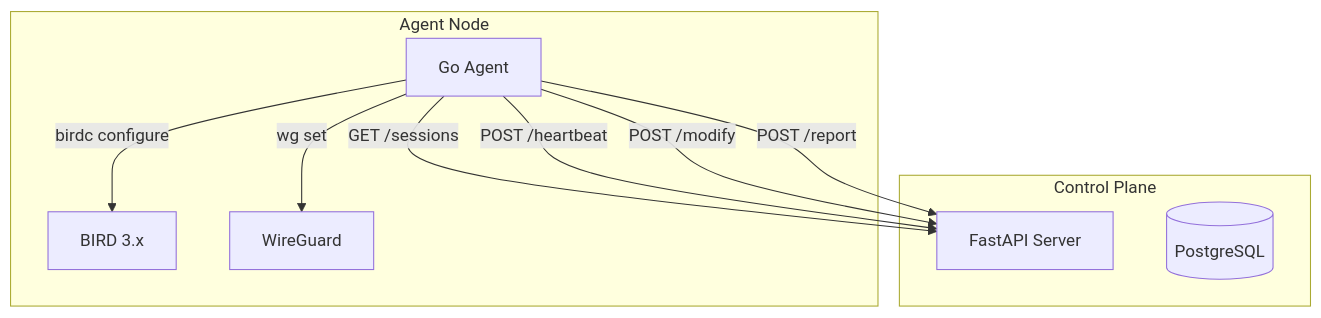
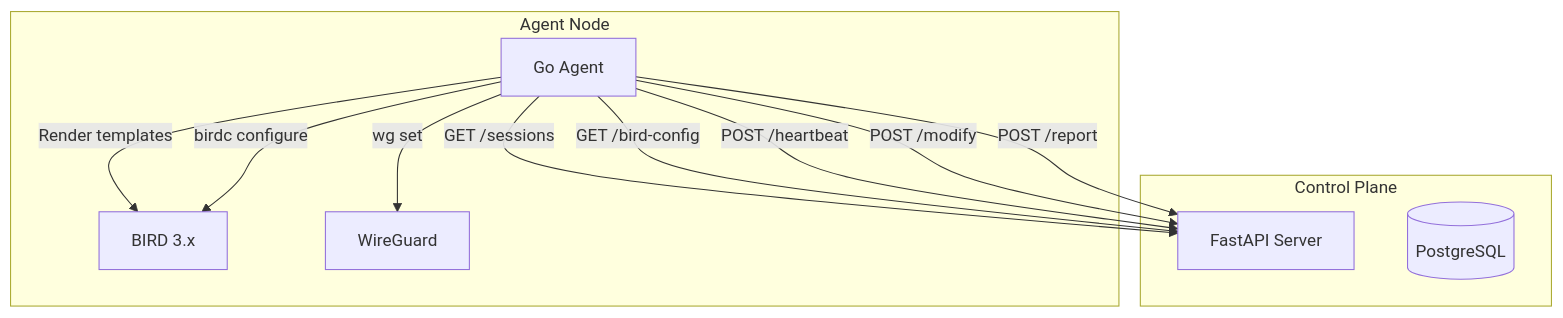
One commit to heichaowo/moenet-agent changed the first of 2 diagrams in README.md. Above: the diagram before and after it, drawn with Mermaid. The commit also changed other lines of this file and 2 other files, not shown here.

Commit message:
feat: Implement BIRD configuration synchronization and template rendering from Control Plane policies.

````diff
--- a/README.md
+++ b/README.md
@@ -18,21 +19,23 @@
 ```mermaid
 graph TB
     subgraph "Control Plane"
         CP[FastAPI Server]
         DB[(PostgreSQL)]
     end
     
     subgraph "Agent Node"
         Agent[Go Agent]
         BIRD[BIRD 3.x]
         WG[WireGuard]
     end
     
     Agent -->|GET /sessions| CP
+    Agent -->|GET /bird-config| CP
     Agent -->|POST /heartbeat| CP
     Agent -->|POST /modify| CP
     Agent -->|POST /report| CP
     
+    Agent -->|Render templates| BIRD
     Agent -->|birdc configure| BIRD
     Agent -->|wg set| WG
 ```
````
